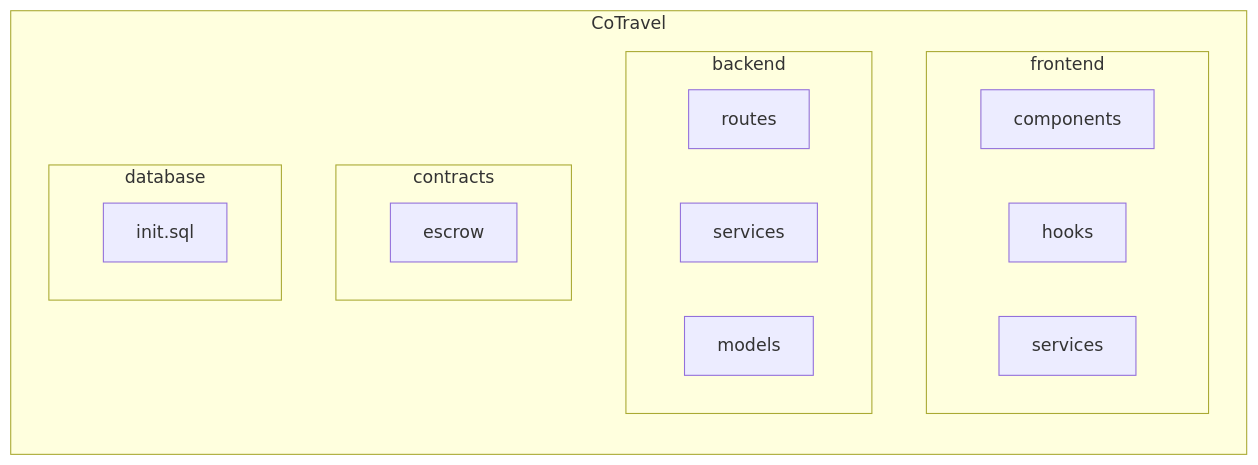
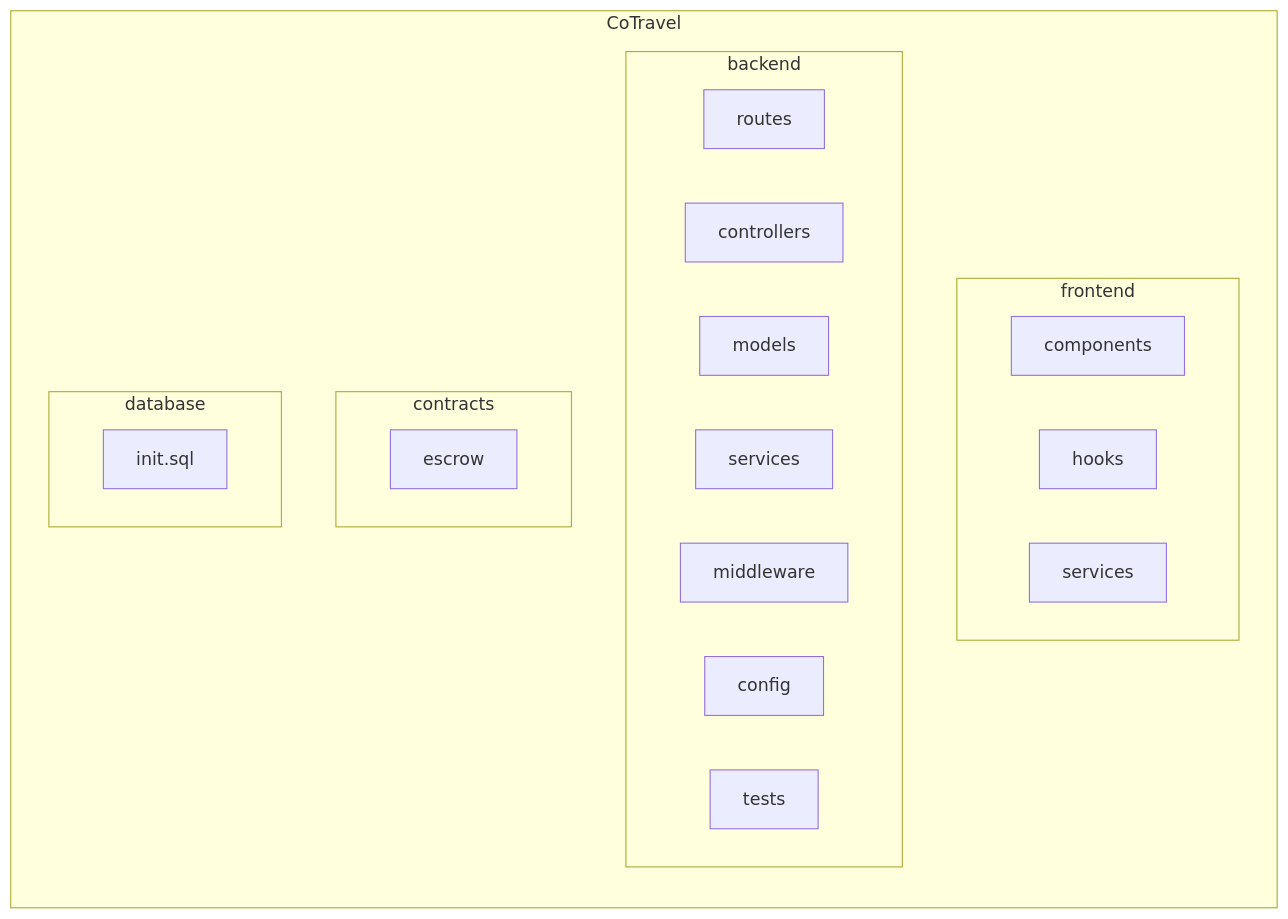
One commit to CoKeFish/Impacta-Bootcamp changed the second of 15 diagrams in ARCHITECTURE.md. Above: the diagram before and after it, drawn with Mermaid. The commit also changed other lines of this file and 3 other files, not shown here.

````diff
--- a/ARCHITECTURE.md
+++ b/ARCHITECTURE.md
@@ -48,24 +48,28 @@
 ```mermaid
 flowchart LR
     subgraph Root["CoTravel"]
         subgraph FE["frontend"]
             C["components"]
             H[hooks]
             SV[services]
         end
 
         subgraph BK["backend"]
             R[routes]
+            CT2[controllers]
+            M[models]
             S[services]
-            M[models]
+            MW[middleware]
+            CF[config]
+            T[tests]
         end
 
         subgraph CT["contracts"]
             E[escrow]
         end
 
         subgraph DB["database"]
             I[init.sql]
         end
     end
 ```
````
